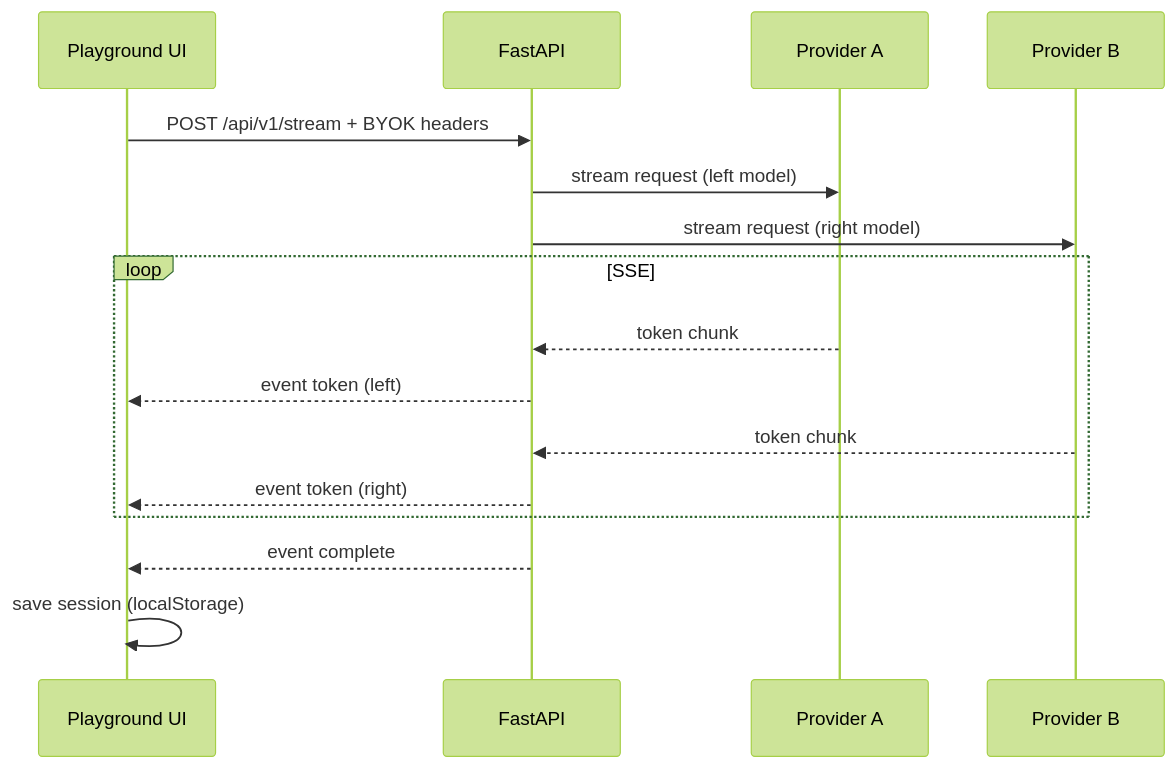
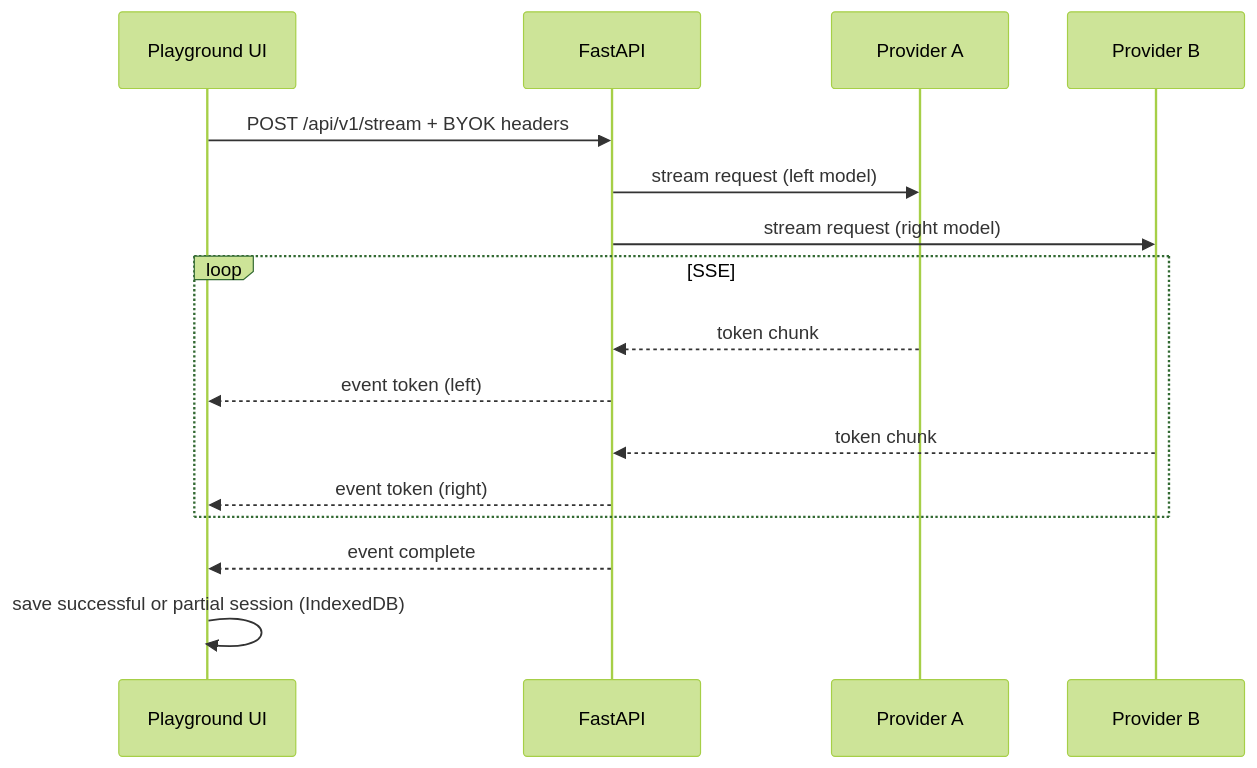
The diagram in docs/ARCHITECTURE.md (xzkernel/aicompare-nexus), drawn with Mermaid (forest theme) before and after one commit. The commit also changed other lines of this file and 136 other files, not shown here.

````diff
--- a/docs/ARCHITECTURE.md
+++ b/docs/ARCHITECTURE.md
@@ -80,19 +82,19 @@
 ```mermaid
 sequenceDiagram
   participant UI as Playground UI
   participant API as FastAPI
   participant P1 as Provider A
   participant P2 as Provider B
 
   UI->>API: POST /api/v1/stream + BYOK headers
   API->>P1: stream request (left model)
   API->>P2: stream request (right model)
   loop SSE
     P1-->>API: token chunk
     API-->>UI: event token (left)
     P2-->>API: token chunk
     API-->>UI: event token (right)
   end
   API-->>UI: event complete
-  UI->>UI: save session (localStorage)
+  UI->>UI: save successful or partial session (IndexedDB)
 ```
````
